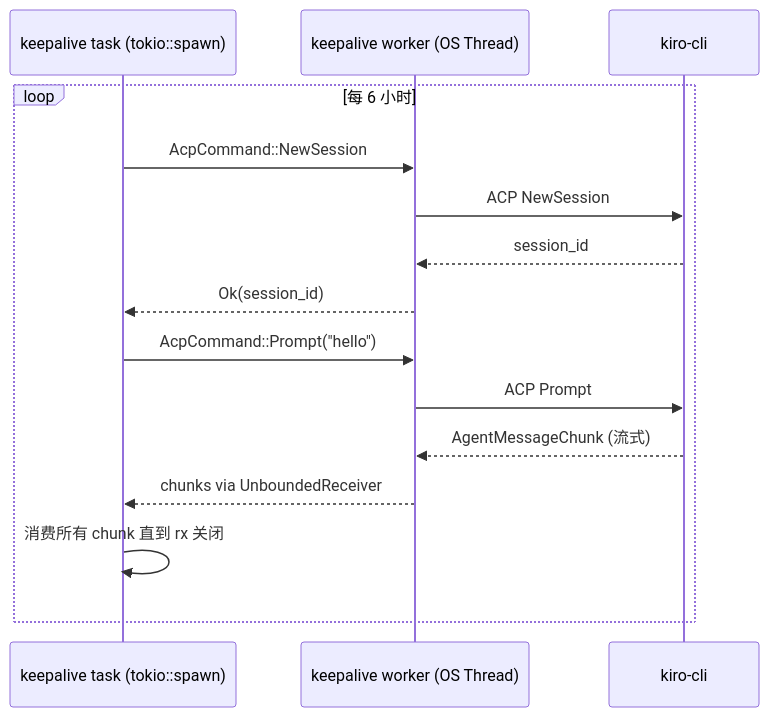
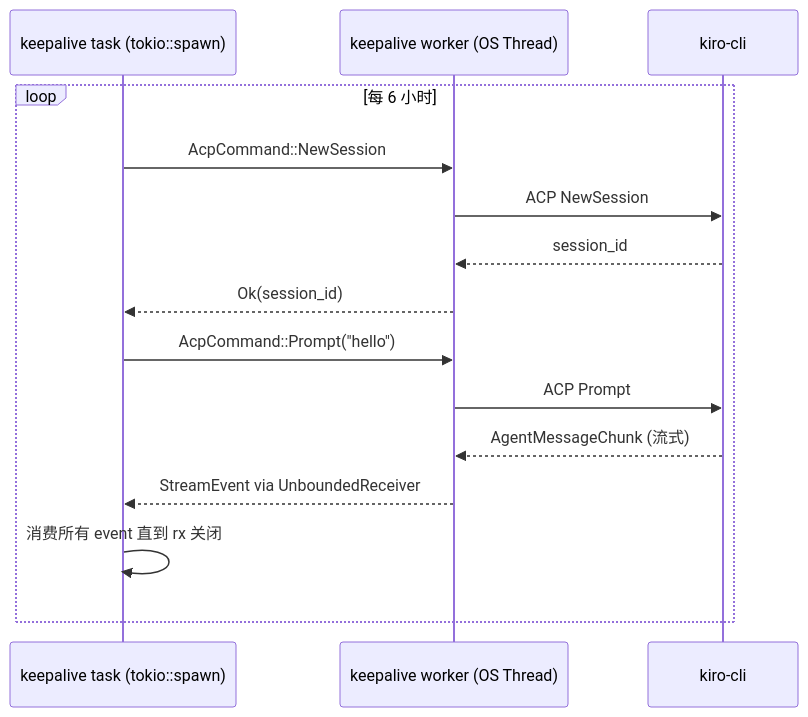
The fourth of 5 diagrams in docs/acp-bridge.md (xufanglin/acp-link), drawn with Mermaid before and after one commit. The commit also changed other lines of this file and 15 other files, not shown here.

````diff
--- a/docs/acp-bridge.md
+++ b/docs/acp-bridge.md
@@ -237,19 +254,19 @@
 ```mermaid
 sequenceDiagram
     participant KA as keepalive task (tokio::spawn)
     participant W as keepalive worker (OS Thread)
     participant K as kiro-cli
 
     loop 每 6 小时
         KA->>W: AcpCommand::NewSession
         W->>K: ACP NewSession
         K-->>W: session_id
         W-->>KA: Ok(session_id)
 
         KA->>W: AcpCommand::Prompt("hello")
         W->>K: ACP Prompt
         K-->>W: AgentMessageChunk (流式)
-        W-->>KA: chunks via UnboundedReceiver
-        KA->>KA: 消费所有 chunk 直到 rx 关闭
+        W-->>KA: StreamEvent via UnboundedReceiver
+        KA->>KA: 消费所有 event 直到 rx 关闭
     end
 ```
````
